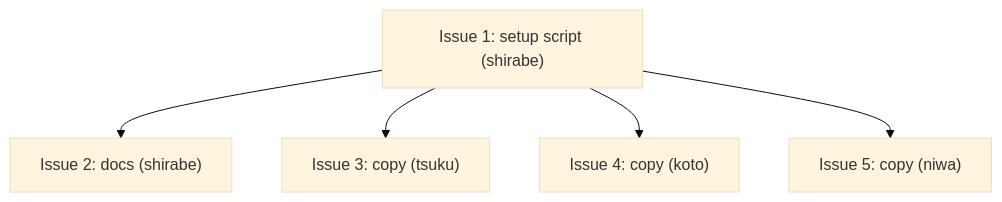
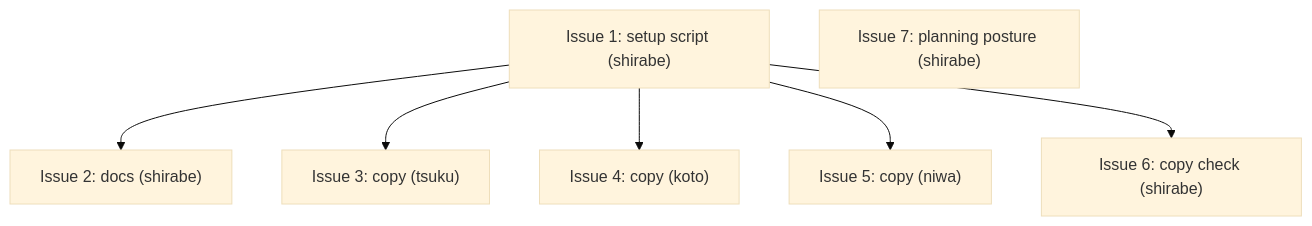
Before and after one commit to tsukumogami/shirabe: the diagram in docs/plans/PLAN-sr8-workspace-engine.md, drawn with Mermaid (base theme). The commit also changed other lines of this file and 1 other file, not shown here.

First line of the commit message:
docs(sr8): cover a copy outside the lifecycle workflow and a planning repository's adoption

````diff
--- a/docs/plans/PLAN-sr8-workspace-engine.md
+++ b/docs/plans/PLAN-sr8-workspace-engine.md
@@ -335,7 +411,9 @@
 ```mermaid
 graph TD
     I1["Issue 1: setup script (shirabe)"] --> I2["Issue 2: docs (shirabe)"]
     I1 --> I3["Issue 3: copy (tsuku)"]
     I1 --> I4["Issue 4: copy (koto)"]
     I1 --> I5["Issue 5: copy (niwa)"]
+    I1 --> I6["Issue 6: copy check (shirabe)"]
+    I7["Issue 7: planning posture (shirabe)"]
 ```
````
